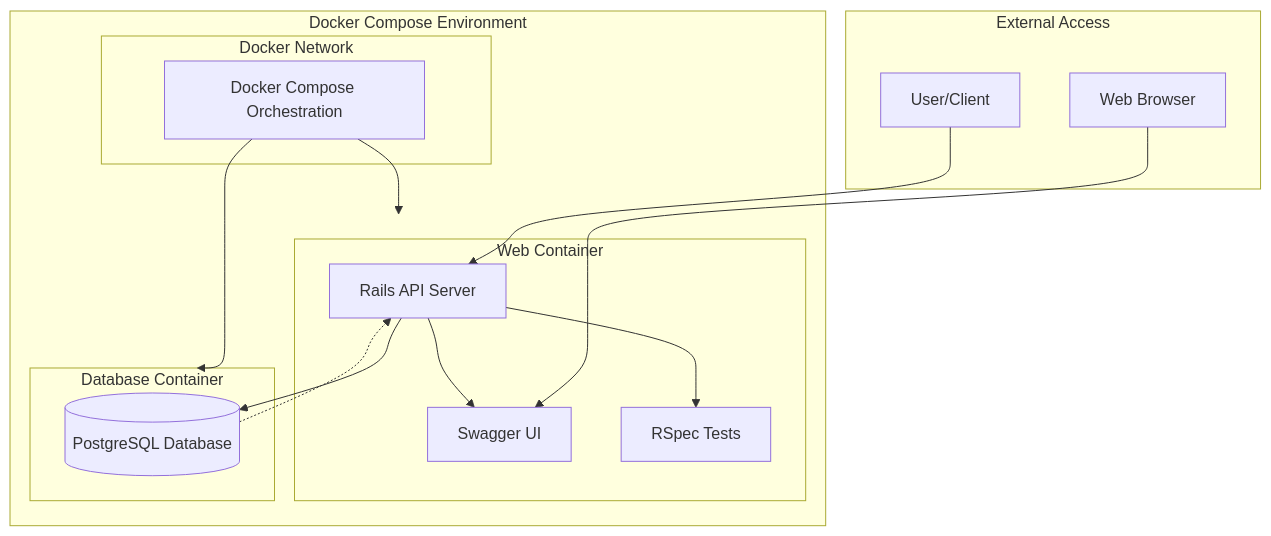
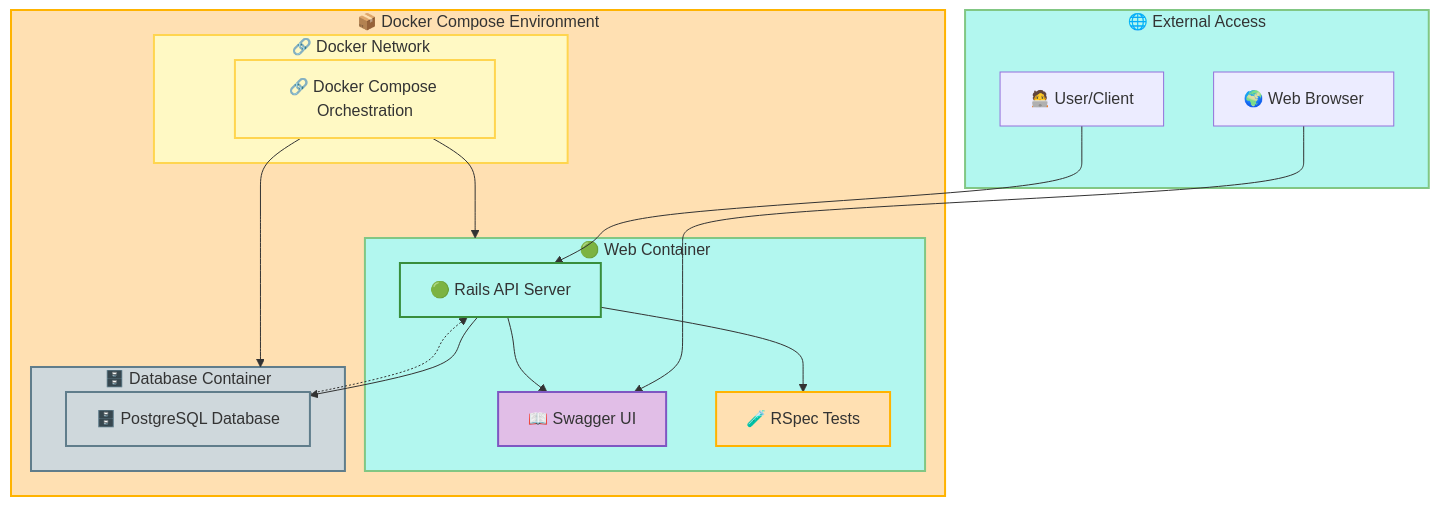
One commit to enogrob/rails_frames_and_circles_api changed the fifth of 8 diagrams in README.md. Above: the diagram before and after it, drawn with Mermaid. The commit also changed other lines of this file and 2 other files, not shown here.

````diff
--- a/README.md
+++ b/README.md
@@ -176,32 +194,44 @@
 ```mermaid
+%% Deployment Diagram with Pastel Colors and Emoticons
 graph TD
-    subgraph External[External Access]
-        User[User/Client]
-        Browser[Web Browser]
+    subgraph External[🌐 External Access]
+        User[🧑‍💻 User/Client]
+        Browser[🌍 Web Browser]
     end
     
-    subgraph Docker_Environment[Docker Compose Environment]
-        subgraph Web_Container[Web Container]
-            Rails[Rails API Server]
-            Swagger[Swagger UI]
-            RSpec[RSpec Tests]
+    subgraph Docker_Environment[📦 Docker Compose Environment]
+        subgraph Web_Container[🟢 Web Container]
+            Rails[🟢 Rails API Server]
+            Swagger[📖 Swagger UI]
+            RSpec[🧪 RSpec Tests]
         end
         
-        subgraph Database_Container[Database Container]
-            PostgreSQL[(PostgreSQL Database)]
+        subgraph Database_Container[🗄️ Database Container]
+            PostgreSQL[🗄️ PostgreSQL Database]
         end
         
-        subgraph Network[Docker Network]
-            DockerCompose[Docker Compose Orchestration]
+        subgraph Network[🔗 Docker Network]
+            DockerCompose[🔗 Docker Compose Orchestration]
         end
     end
 
     User --> Rails
     Browser --> Swagger
     Rails --> PostgreSQL
     Rails --> Swagger
     Rails --> RSpec
     DockerCompose --> Web_Container
     DockerCompose --> Database_Container
     PostgreSQL -.-> Rails
+
+    style External fill:#b2f7ef,stroke:#81c784,stroke-width:2px
+    style Docker_Environment fill:#ffe0b2,stroke:#ffb300,stroke-width:2px
+    style Web_Container fill:#b2f7ef,stroke:#81c784,stroke-width:2px
+    style Database_Container fill:#cfd8dc,stroke:#607d8b,stroke-width:2px
+    style Network fill:#fff9c4,stroke:#ffd54f,stroke-width:2px
+    style Rails fill:#b2f7ef,stroke:#388e3c,stroke-width:2px
+    style Swagger fill:#e1bee7,stroke:#7e57c2,stroke-width:2px
+    style RSpec fill:#ffe0b2,stroke:#ffb300,stroke-width:2px
+    style PostgreSQL fill:#cfd8dc,stroke:#607d8b,stroke-width:2px
+    style DockerCompose fill:#fff9c4,stroke:#ffd54f,stroke-width:2px
 ```
````
